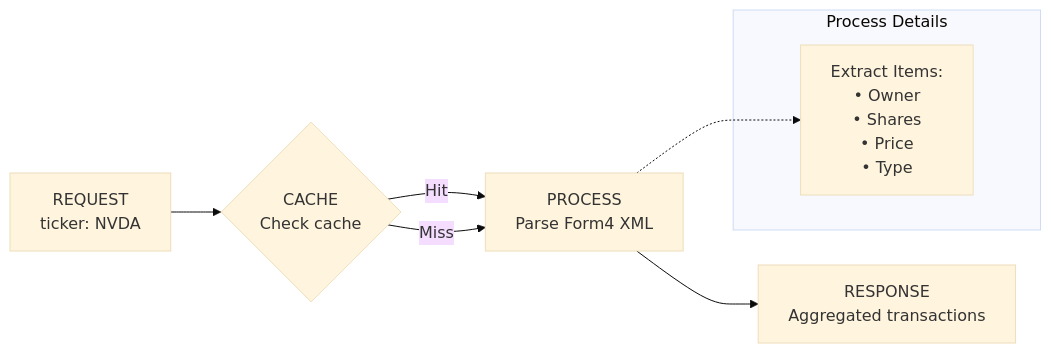
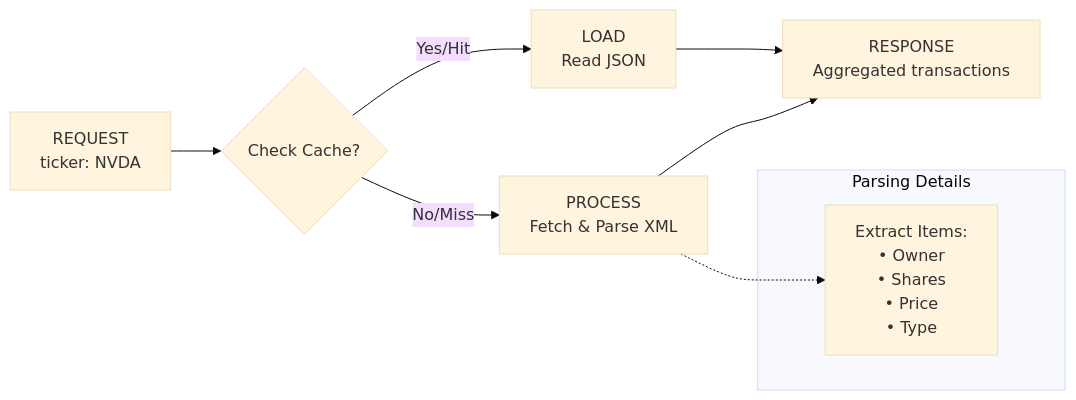
One commit to undeemed/SEC-Tracker changed the fourth of 4 diagrams in WALKTHROUGH.md. Above: the diagram before and after it, drawn with Mermaid (base theme). The commit also changed other lines of this file, not shown here.

````diff
--- a/WALKTHROUGH.md
+++ b/WALKTHROUGH.md
@@ -132,12 +132,17 @@
 ```mermaid
 flowchart LR
-    Request[REQUEST<br/>ticker: NVDA] --> Cache{CACHE<br/>Check cache}
-    Cache -- Hit --> Process
-    Cache -- Miss --> Process[PROCESS<br/>Parse Form4 XML]
+    Request[REQUEST<br/>ticker: NVDA] --> Cache{Check Cache?}
+
+    %% Cache Hit Path
+    Cache -- Yes/Hit --> Load[LOAD<br/>Read JSON]
+    Load --> Response
+
+    %% Cache Miss Path
+    Cache -- No/Miss --> Process[PROCESS<br/>Fetch & Parse XML]
     Process --> Response[RESPONSE<br/>Aggregated transactions]
 
-    subgraph Details [Process Details]
+    subgraph Details [Parsing Details]
         Extract[Extract Items:<br/>• Owner<br/>• Shares<br/>• Price<br/>• Type]
     end
     Process -.-> Extract
 ```
````
